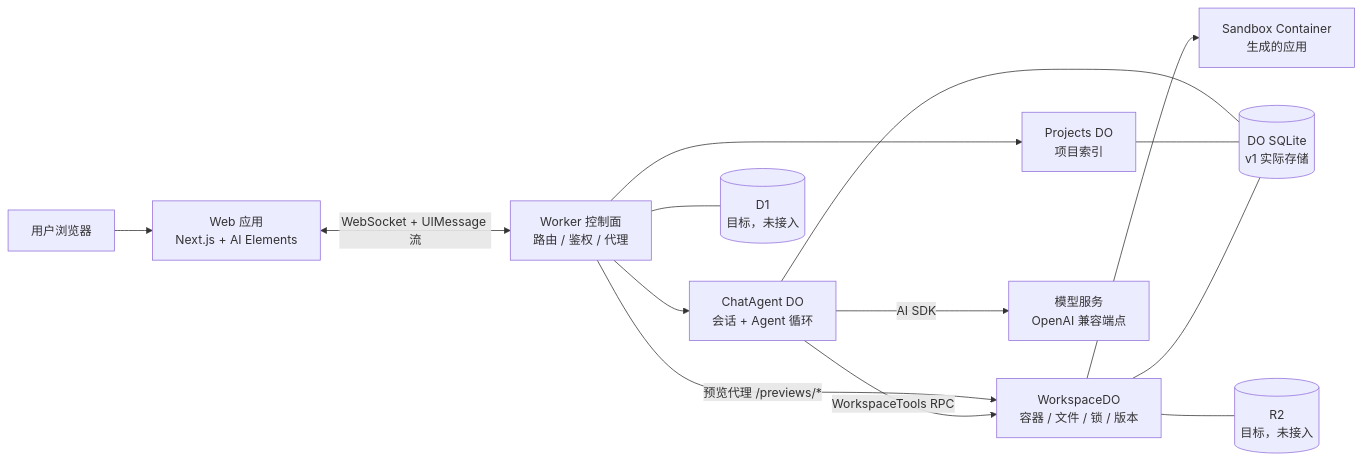
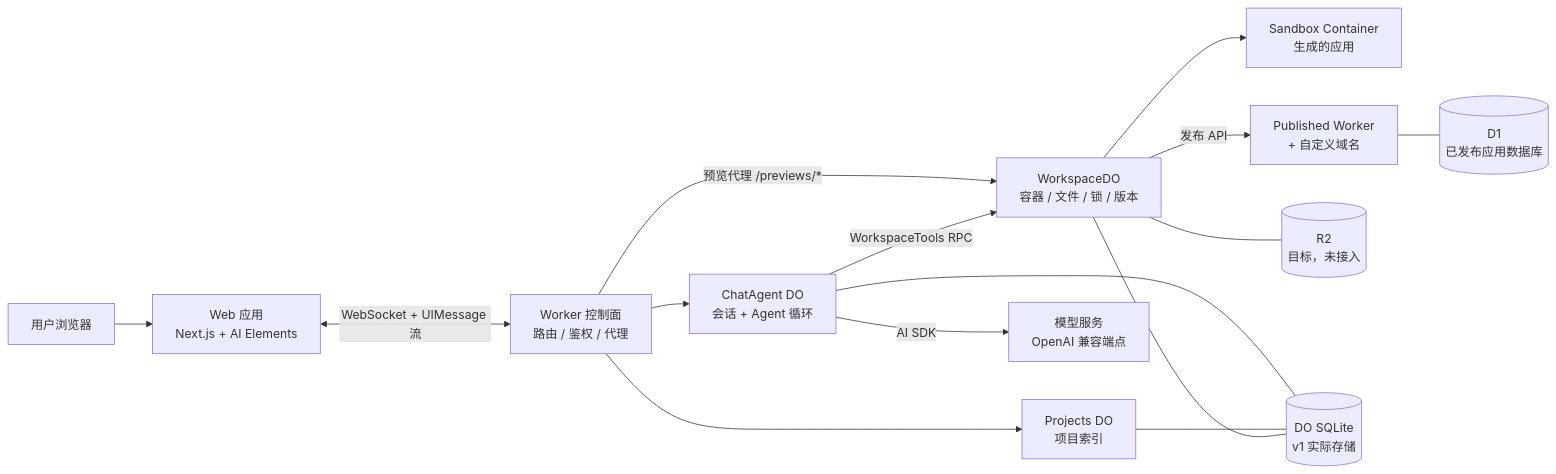
One commit to fengyj/atoms-lite changed the first of 7 diagrams in docs/architecture/system-architecture.md. Above: the diagram before and after it, drawn with Mermaid. The commit also changed other lines of this file and 6 other files, not shown here.

Commit message:
docs: sync architecture, data model, submission, and ADR for publishing

````diff
--- a/docs/architecture/system-architecture.md
+++ b/docs/architecture/system-architecture.md
@@ -34,29 +36,31 @@
 ```mermaid
 flowchart LR
   user["用户浏览器"]
   web["Web 应用<br/>Next.js + AI Elements"]
   api["Worker 控制面<br/>路由 / 鉴权 / 代理"]
   chat["ChatAgent DO<br/>会话 + Agent 循环"]
   projects["Projects DO<br/>项目索引"]
   ws["WorkspaceDO<br/>容器 / 文件 / 锁 / 版本"]
   sandbox["Sandbox Container<br/>生成的应用"]
   model["模型服务<br/>OpenAI 兼容端点"]
+  pub["Published Worker<br/>+ 自定义域名"]
 
-  d1[("D1<br/>目标，未接入")]
+  d1[("D1<br/>已发布应用数据库")]
   r2[("R2<br/>目标，未接入")]
   dosql[("DO SQLite<br/>v1 实际存储")]
 
   user --> web
   web <-->|"WebSocket + UIMessage 流"| api
   api --> chat
   api --> projects
   api -->|"预览代理 /previews/*"| ws
   chat -->|"AI SDK"| model
   chat -->|"WorkspaceTools RPC"| ws
   ws --> sandbox
+  ws -->|"发布 API"| pub
+  pub --- d1
   chat --- dosql
   projects --- dosql
   ws --- dosql
-  api --- d1
   ws --- r2
 ```
````
